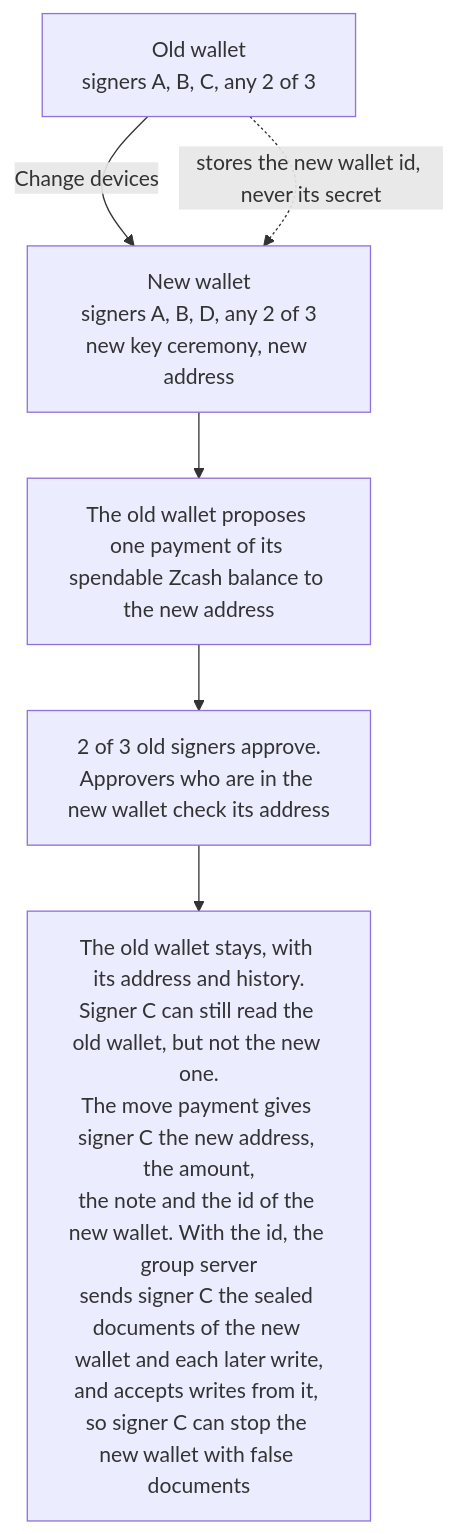
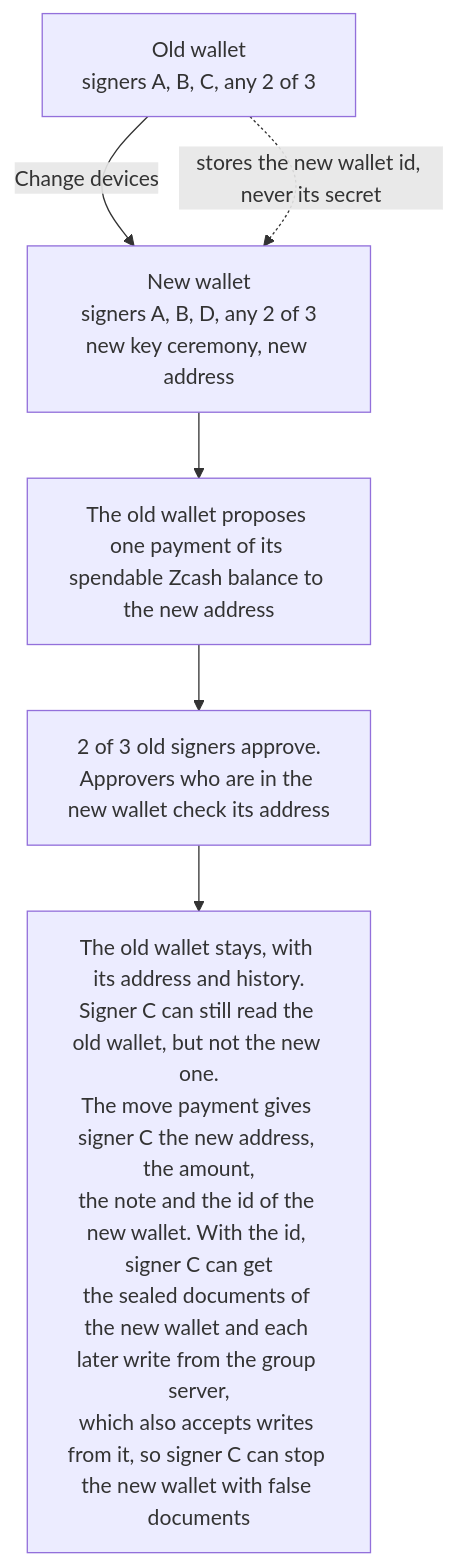
The fourth of 4 diagrams in PROTOCOL.md (devzigs/zigs), drawn with Mermaid before and after one commit. The commit also changed other lines of this file and 8 other files, not shown here.

````diff
--- a/PROTOCOL.md
+++ b/PROTOCOL.md
@@ -540,8 +542,8 @@
 ```mermaid
 flowchart TD
   OLD["Old wallet<br/>signers A, B, C, any 2 of 3"] -->|Change devices| NEW["New wallet<br/>signers A, B, D, any 2 of 3<br/>new key ceremony, new address"]
   OLD -.->|stores the new wallet id, never its secret| NEW
   NEW --> PAY["The old wallet proposes one payment of its spendable Zcash balance to the new address"]
   PAY --> OK["2 of 3 old signers approve.<br/>Approvers who are in the new wallet check its address"]
-  OK --> STAY["The old wallet stays, with its address and history.<br/>Signer C can still read the old wallet, but not the new one.<br/>The move payment gives signer C the new address, the amount,<br/>the note and the id of the new wallet. With the id, the group server<br/>sends signer C the sealed documents of the new wallet and each later write,<br/>and accepts writes from it, so signer C can stop the new wallet with false documents"]
+  OK --> STAY["The old wallet stays, with its address and history.<br/>Signer C can still read the old wallet, but not the new one.<br/>The move payment gives signer C the new address, the amount,<br/>the note and the id of the new wallet. With the id, signer C can get<br/>the sealed documents of the new wallet and each later write from the group server,<br/>which also accepts writes from it, so signer C can stop the new wallet with false documents"]
 ```
````
